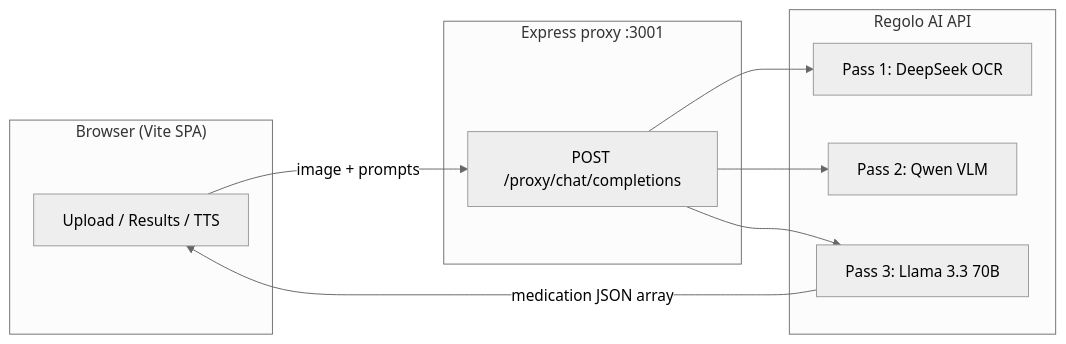
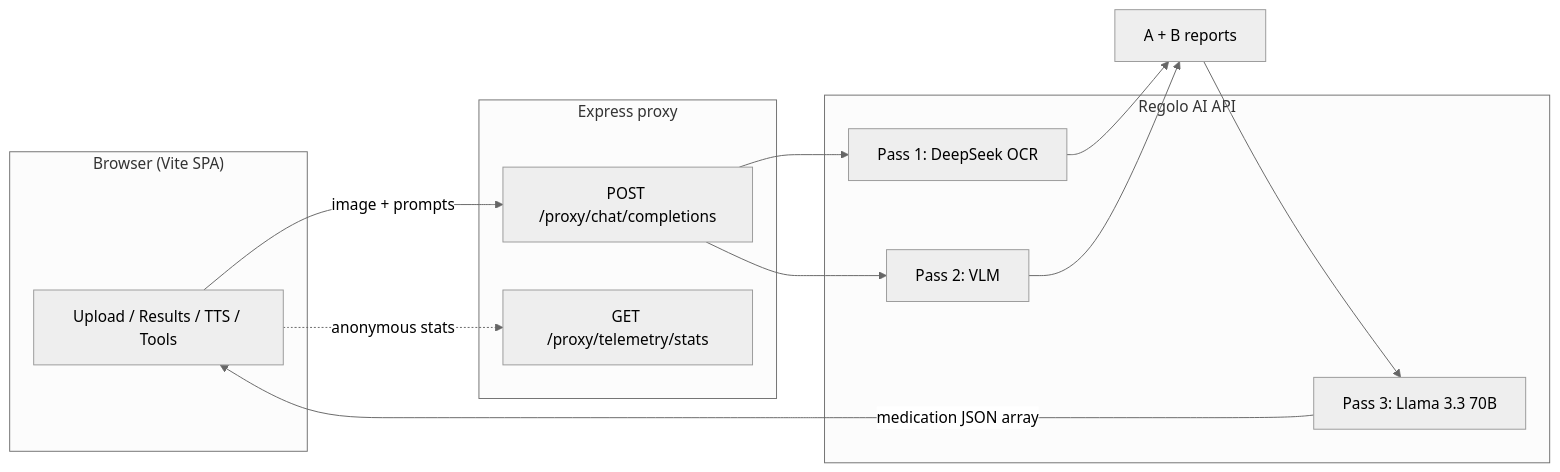
Before and after one commit to tayyabrehman96/HEC-Generative-AI-Training-Hackathon: the first of 6 diagrams in README.md, drawn with Mermaid (neutral theme). The commit also changed other lines of this file and 1 other file, not shown here.

Commit message:
docs: refresh README and package description for current pipeline (parallel OCR+VLM, proxy, tools)

````diff
--- a/README.md
+++ b/README.md
@@ -101,19 +107,23 @@
 ```mermaid
 flowchart LR
   subgraph client["Browser (Vite SPA)"]
-    UI["Upload / Results / TTS"]
+    UI["Upload / Results / TTS / Tools"]
   end
-  subgraph proxy["Express proxy :3001"]
+  subgraph proxy["Express proxy"]
     EP["POST /proxy/chat/completions"]
+    TE["GET /proxy/telemetry/stats"]
   end
   subgraph cloud["Regolo AI API"]
     M1["Pass 1: DeepSeek OCR"]
-    M2["Pass 2: Qwen VLM"]
+    M2["Pass 2: VLM"]
     M3["Pass 3: Llama 3.3 70B"]
   end
   UI -->|"image + prompts"| EP
   EP --> M1
   EP --> M2
-  EP --> M3
+  M1 --> MERGE["A + B reports"]
+  M2 --> MERGE
+  MERGE --> M3
   M3 -->|"medication JSON array"| UI
+  UI -.->|anonymous stats| TE
 ```
````
